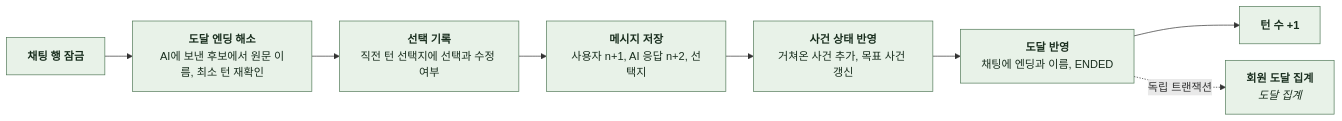
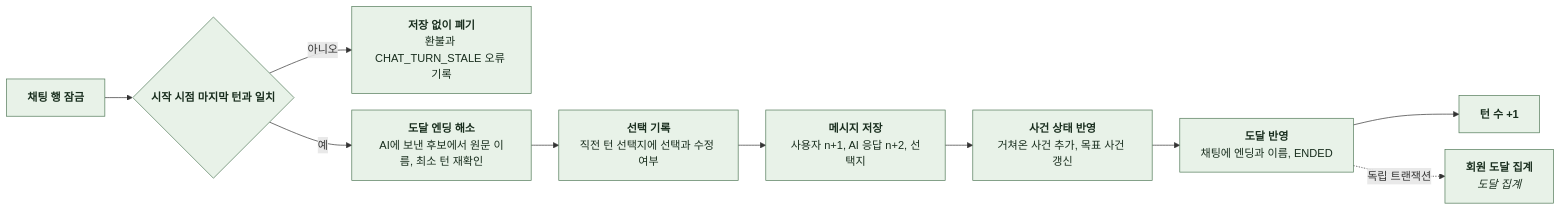
One commit to KIM-N-KANG/knk-harness changed diagram 11 of 13 in docs/domain/CHAT/BACKEND/4-1-PIPELINES.md. Above: the diagram before and after it, drawn with Mermaid. The commit also changed other lines of this file and 13 other files, not shown here.

````diff
--- a/docs/domain/CHAT/BACKEND/4-1-PIPELINES.md
+++ b/docs/domain/CHAT/BACKEND/4-1-PIPELINES.md
@@ -464,19 +478,22 @@
 ```mermaid
 %%{init: {"flowchart": {"curve": "basis", "nodeSpacing": 24, "rankSpacing": 40}}}%%
 flowchart LR
-    A["`**채팅 행 잠금**`"] --> B["`**도달 엔딩 해소**
+    A["`**채팅 행 잠금**`"] --> V{"`**시작 시점 마지막 턴과 일치**`"}
+    V -->|아니오| X["`**저장 없이 폐기**
+환불과 CHAT_TURN_STALE 오류 기록`"]
+    V -->|예| B["`**도달 엔딩 해소**
 AI에 보낸 후보에서 원문 이름, 최소 턴 재확인`"]
     B --> C["`**선택 기록**
 직전 턴 선택지에 선택과 수정 여부`"]
     C --> D["`**메시지 저장**
 사용자 n+1, AI 응답 n+2, 선택지`"]
     D --> E["`**사건 상태 반영**
 거쳐온 사건 추가, 목표 사건 갱신`"]
     E --> F["`**도달 반영**
 채팅에 엔딩과 이름, ENDED`"]
     F --> G["`**턴 수 +1**`"]
     F -.->|독립 트랜잭션| H["`**회원 도달 집계**
 *도달 집계*`"]
     classDef comp fill:#E8F2E8,stroke:#527A59,color:#182D1D
-    class A,B,C,D,E,F,G,H comp
+    class A,V,X,B,C,D,E,F,G,H comp
 ```
````
